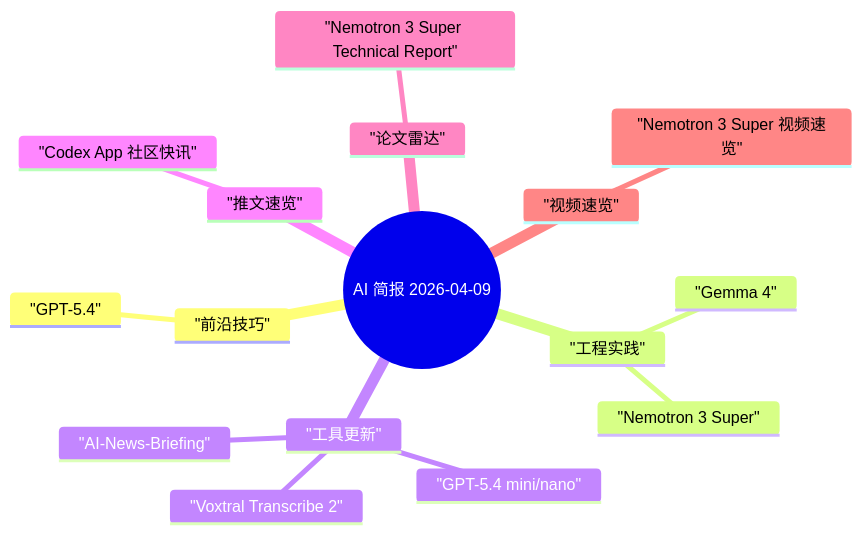
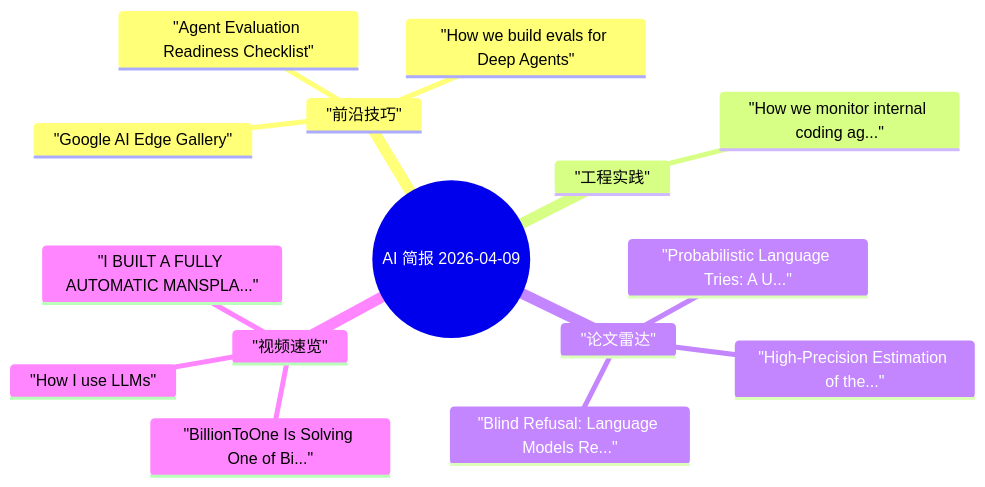
The diagram in docs/sample_outputs/ai-daily-brief-sample.md (haoran3160-afk/pkm_obsidian_workflow), drawn with Mermaid before and after one commit. The commit also changed other lines of this file and 5 other files, not shown here.

````diff
--- a/docs/sample_outputs/ai-daily-brief-sample.md
+++ b/docs/sample_outputs/ai-daily-brief-sample.md
@@ -128,19 +101,18 @@
 ```mermaid
 mindmap
   root(("AI 简报 2026-04-09"))
     "前沿技巧"
-      "GPT-5.4"
+      "Agent Evaluation Readiness Checklist"
+      "How we build evals for Deep Agents"
+      "Google AI Edge Gallery"
     "工程实践"
-      "Gemma 4"
-      "Nemotron 3 Super"
-    "工具更新"
-      "GPT-5.4 mini/nano"
-      "Voxtral Transcribe 2"
-      "AI-News-Briefing"
-    "推文速览"
-      "Codex App 社区快讯"
+      "How we monitor internal coding ag..."
     "论文雷达"
-      "Nemotron 3 Super Technical Report"
+      "Probabilistic Language Tries: A U..."
+      "High-Precision Estimation of the..."
+      "Blind Refusal: Language Models Re..."
     "视频速览"
-      "Nemotron 3 Super 视频速览"
+      "BillionToOne Is Solving One of Bi..."
+      "I BUILT A FULLY AUTOMATIC MANSPLA..."
+      "How I use LLMs"
 ```
````
